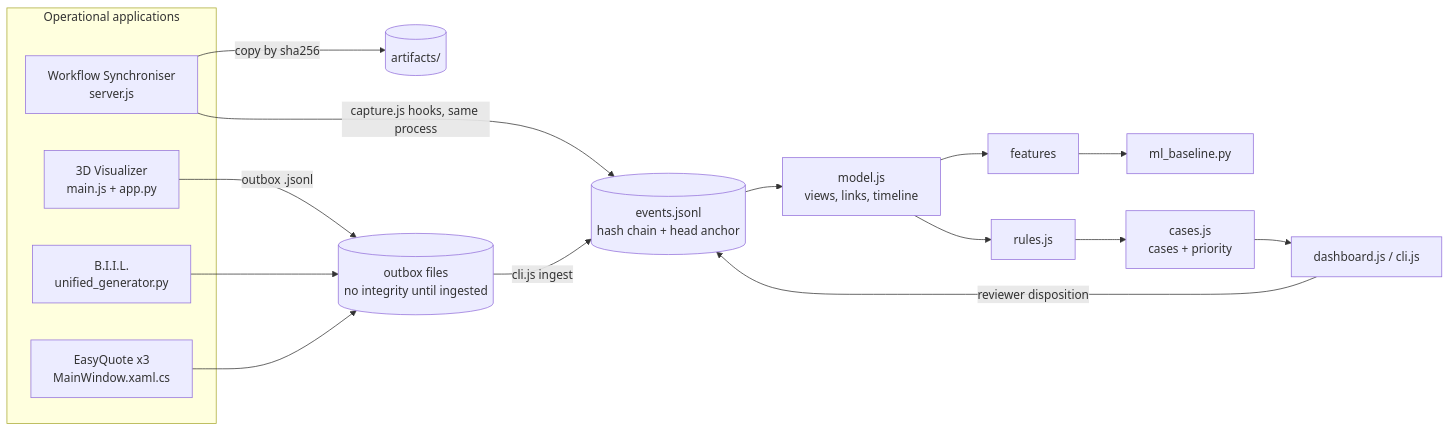
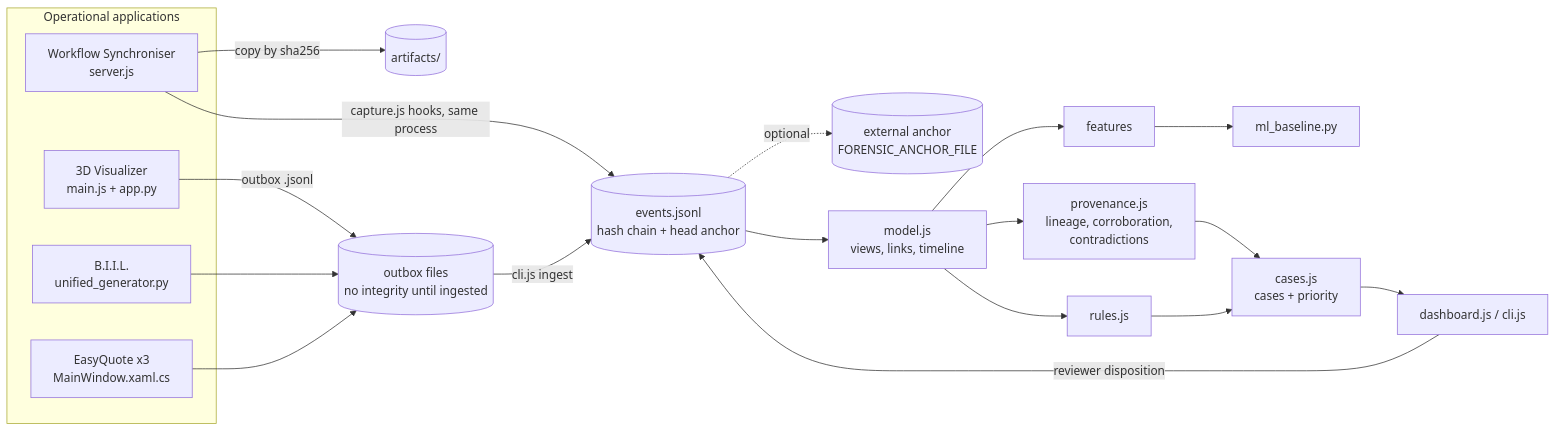
The diagram in docs/REPOSITORY_ARCHITECTURE.md (Jayaram51207/forensic-analytics-logistics), drawn with Mermaid before and after one commit. The commit also changed other lines of this file and 34 other files, not shown here.

````diff
--- a/docs/REPOSITORY_ARCHITECTURE.md
+++ b/docs/REPOSITORY_ARCHITECTURE.md
@@ -65,21 +68,24 @@
 ```mermaid
 flowchart LR
   subgraph OPS["Operational applications"]
     WS[Workflow Synchroniser<br/>server.js]
     VIS[3D Visualizer<br/>main.js + app.py]
     BIIL[B.I.I.L.<br/>unified_generator.py]
     EQ[EasyQuote x3<br/>MainWindow.xaml.cs]
   end
   WS -->|capture.js hooks, same process| STORE[(events.jsonl<br/>hash chain + head anchor)]
+  STORE -.->|optional| ANCHOR[(external anchor<br/>FORENSIC_ANCHOR_FILE)]
   WS -->|copy by sha256| ART[(artifacts/)]
   VIS -->|outbox .jsonl| OB[(outbox files<br/>no integrity until ingested)]
   BIIL --> OB
   EQ --> OB
   OB -->|cli.js ingest| STORE
   STORE --> MODEL[model.js<br/>views, links, timeline]
   MODEL --> RULES[rules.js]
   MODEL --> FEAT[features] --> ML[ml_baseline.py]
+  MODEL --> PROV[provenance.js<br/>lineage, corroboration,<br/>contradictions]
+  PROV --> CASES
   RULES --> CASES[cases.js<br/>cases + priority]
   CASES --> DASH[dashboard.js / cli.js]
   DASH -->|reviewer disposition| STORE
 ```
````
